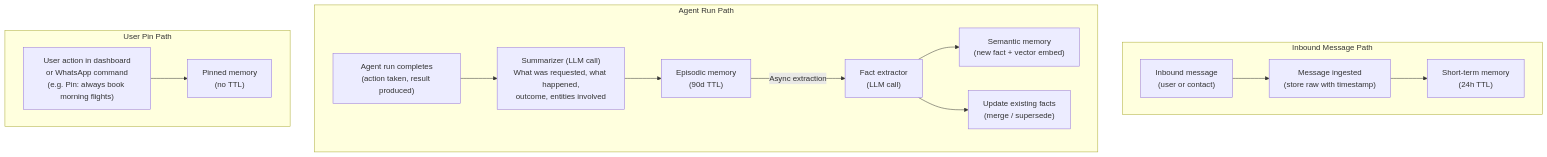
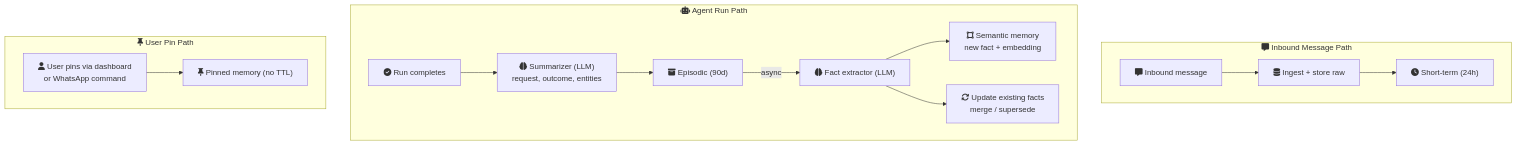
One commit to alilibx/ecqo changed the first of 7 diagrams in docs/flows/memory-pipeline.md. Above: the diagram before and after it, drawn with Mermaid. The commit also changed other lines of this file and 23 other files, not shown here.

````diff
--- a/docs/flows/memory-pipeline.md
+++ b/docs/flows/memory-pipeline.md
@@ -30,19 +64,22 @@
 ```mermaid
 flowchart TD
-    subgraph Path1["Inbound Message Path"]
-        M["Inbound message<br/>(user or contact)"] --> MI["Message ingested<br/>(store raw with timestamp)"]
-        MI --> ST["Short-term memory<br/>(24h TTL)"]
+    subgraph Path1["fa:fa-message Inbound Message Path"]
+        direction LR
+        M["fa:fa-message Inbound message"] --> MI["fa:fa-database Ingest + store raw"]
+        MI --> ST["fa:fa-clock Short-term (24h)"]
     end
 
-    subgraph Path2["Agent Run Path"]
-        RC["Agent run completes<br/>(action taken, result produced)"] --> SUM["Summarizer (LLM call)<br/>What was requested, what happened,<br/>outcome, entities involved"]
-        SUM --> EP["Episodic memory<br/>(90d TTL)"]
-        EP -- "Async extraction" --> FE["Fact extractor<br/>(LLM call)"]
-        FE --> SM["Semantic memory<br/>(new fact + vector embed)"]
-        FE --> UF["Update existing facts<br/>(merge / supersede)"]
+    subgraph Path2["fa:fa-robot Agent Run Path"]
+        direction LR
+        RC["fa:fa-circle-check Run completes"] --> SUM["fa:fa-brain Summarizer (LLM)<br/>request, outcome, entities"]
+        SUM --> EP["fa:fa-box-archive Episodic (90d)"]
+        EP -- "async" --> FE["fa:fa-brain Fact extractor (LLM)"]
+        FE --> SM["fa:fa-vector-square Semantic memory<br/>new fact + embedding"]
+        FE --> UF["fa:fa-arrows-rotate Update existing facts<br/>merge / supersede"]
     end
 
-    subgraph Path3["User Pin Path"]
-        PIN["User action in dashboard<br/>or WhatsApp command<br/>(e.g. Pin: always book morning flights)"] --> PM["Pinned memory<br/>(no TTL)"]
+    subgraph Path3["fa:fa-thumbtack User Pin Path"]
+        direction LR
+        PIN["fa:fa-user User pins via dashboard<br/>or WhatsApp command"] --> PM["fa:fa-thumbtack Pinned memory (no TTL)"]
     end
 ```
````
